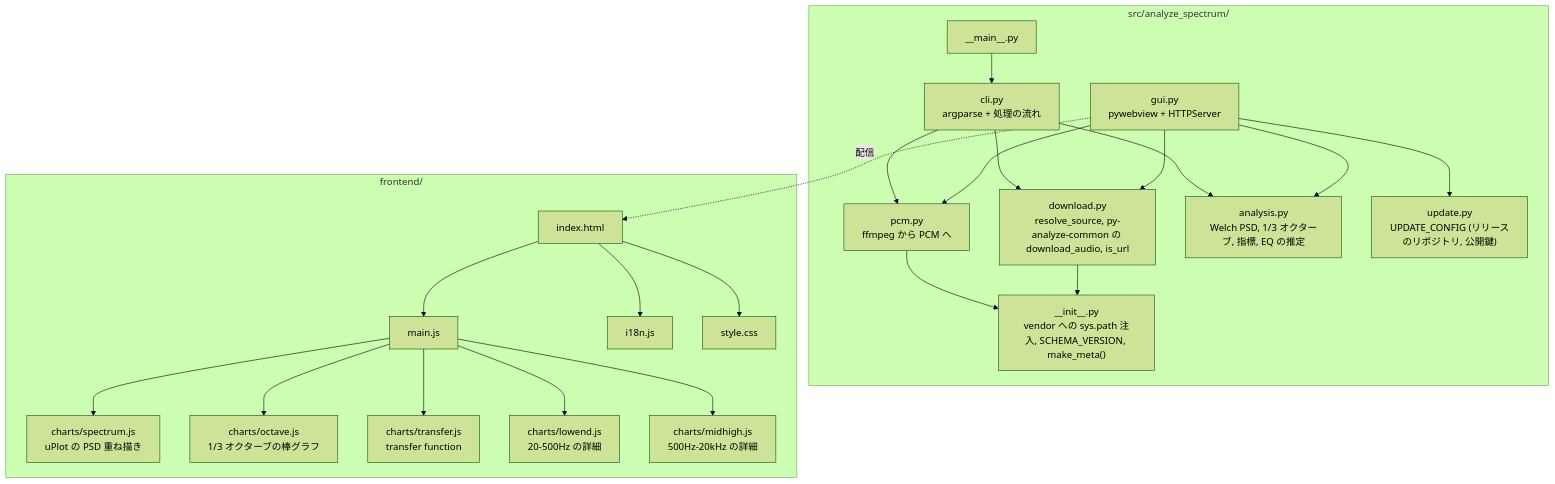
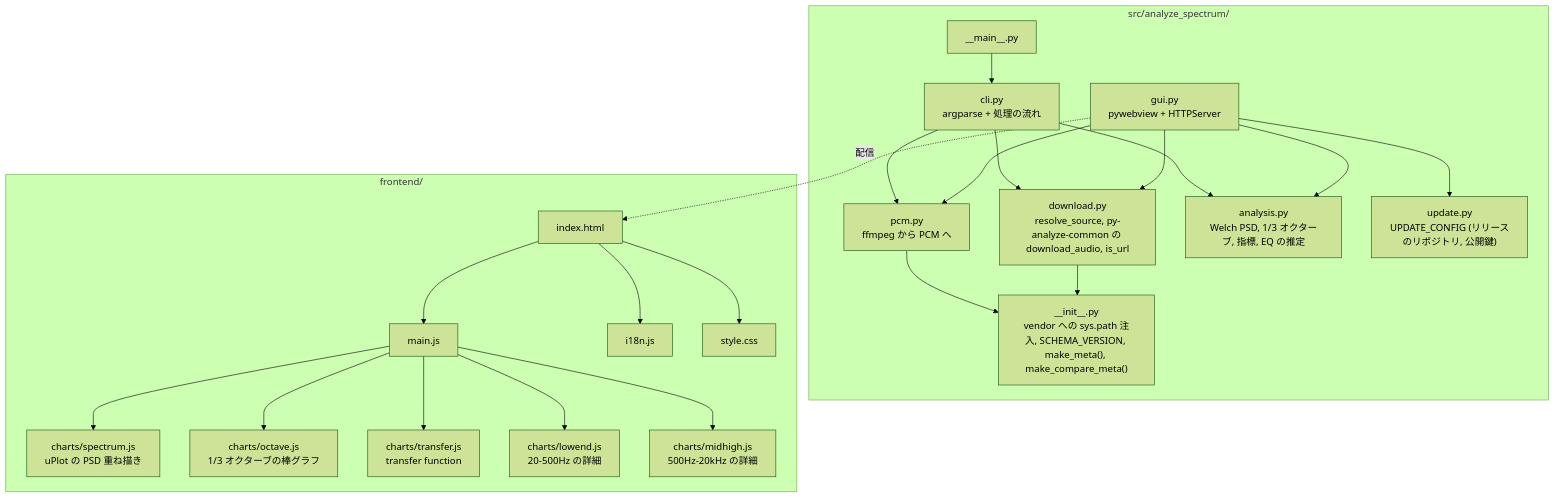
The second of 18 diagrams in docs/architecture.ja.md (semnil/analyze-spectrum), drawn with Mermaid (forest theme) before and after one commit. The commit also changed other lines of this file and 10 other files, not shown here.

````diff
--- a/docs/architecture.ja.md
+++ b/docs/architecture.ja.md
@@ -40,45 +40,45 @@
 ```mermaid
 graph TD
     subgraph "src/analyze_spectrum/"
-        INIT["__init__.py<br>vendor への sys.path 注入, SCHEMA_VERSION, make_meta()"]
+        INIT["__init__.py<br>vendor への sys.path 注入, SCHEMA_VERSION, make_meta(), make_compare_meta()"]
         MAIN["__main__.py"]
         CLI["cli.py<br>argparse + 処理の流れ"]
         GUI["gui.py<br>pywebview + HTTPServer"]
         DL["download.py<br>resolve_source, py-analyze-common の download_audio, is_url"]
         PCM["pcm.py<br>ffmpeg から PCM へ"]
         ANA["analysis.py<br>Welch PSD, 1/3 オクターブ, 指標, EQ の推定"]
         UPD["update.py<br>UPDATE_CONFIG (リリースのリポジトリ, 公開鍵)"]
     end
 
     subgraph "frontend/"
         HTML["index.html"]
         JS["main.js"]
         I18N["i18n.js"]
         CSS["style.css"]
         SP["charts/spectrum.js<br>uPlot の PSD 重ね描き"]
         OC["charts/octave.js<br>1/3 オクターブの棒グラフ"]
         TF["charts/transfer.js<br>transfer function"]
         LE["charts/lowend.js<br>20-500Hz の詳細"]
         MH["charts/midhigh.js<br>500Hz-20kHz の詳細"]
     end
 
     MAIN --> CLI
     CLI --> DL
     CLI --> PCM
     CLI --> ANA
     GUI --> DL
     GUI --> PCM
     GUI --> ANA
     GUI --> UPD
     GUI -.->|"配信"| HTML
     HTML --> JS
     HTML --> I18N
     HTML --> CSS
     JS --> SP
     JS --> OC
     JS --> TF
     JS --> LE
     JS --> MH
     PCM --> INIT
     DL --> INIT
 ```
````
